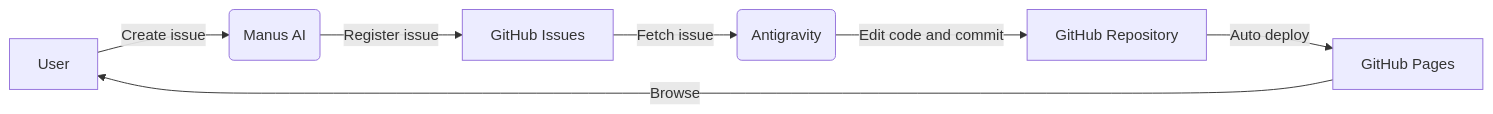
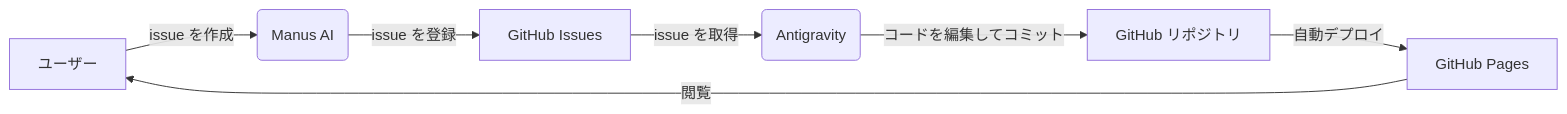
The diagram in README.md (yasufumi-nakata/mind-upload), drawn with Mermaid before and after one commit. The commit also changed other lines of this file and 184 other files, not shown here.

````diff
--- a/README.md
+++ b/README.md
@@ -77,9 +77,9 @@
 ```mermaid
 graph LR
-    A[User] -->|Create issue| B(Manus AI)
-    B -->|Register issue| C[GitHub Issues]
-    C -->|Fetch issue| D(Antigravity)
-    D -->|Edit code and commit| E[GitHub Repository]
-    E -->|Auto deploy| F[GitHub Pages]
-    F -->|Browse| A
+    A[ユーザー] -->|issue を作成| B(Manus AI)
+    B -->|issue を登録| C[GitHub Issues]
+    C -->|issue を取得| D(Antigravity)
+    D -->|コードを編集してコミット| E[GitHub リポジトリ]
+    E -->|自動デプロイ| F[GitHub Pages]
+    F -->|閲覧| A
 ```
````
